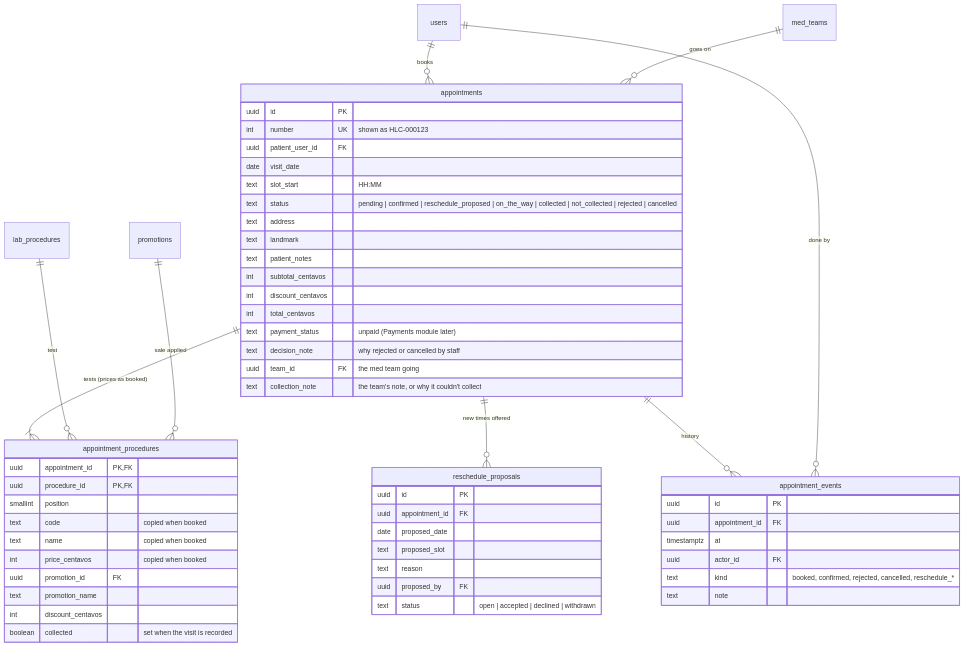
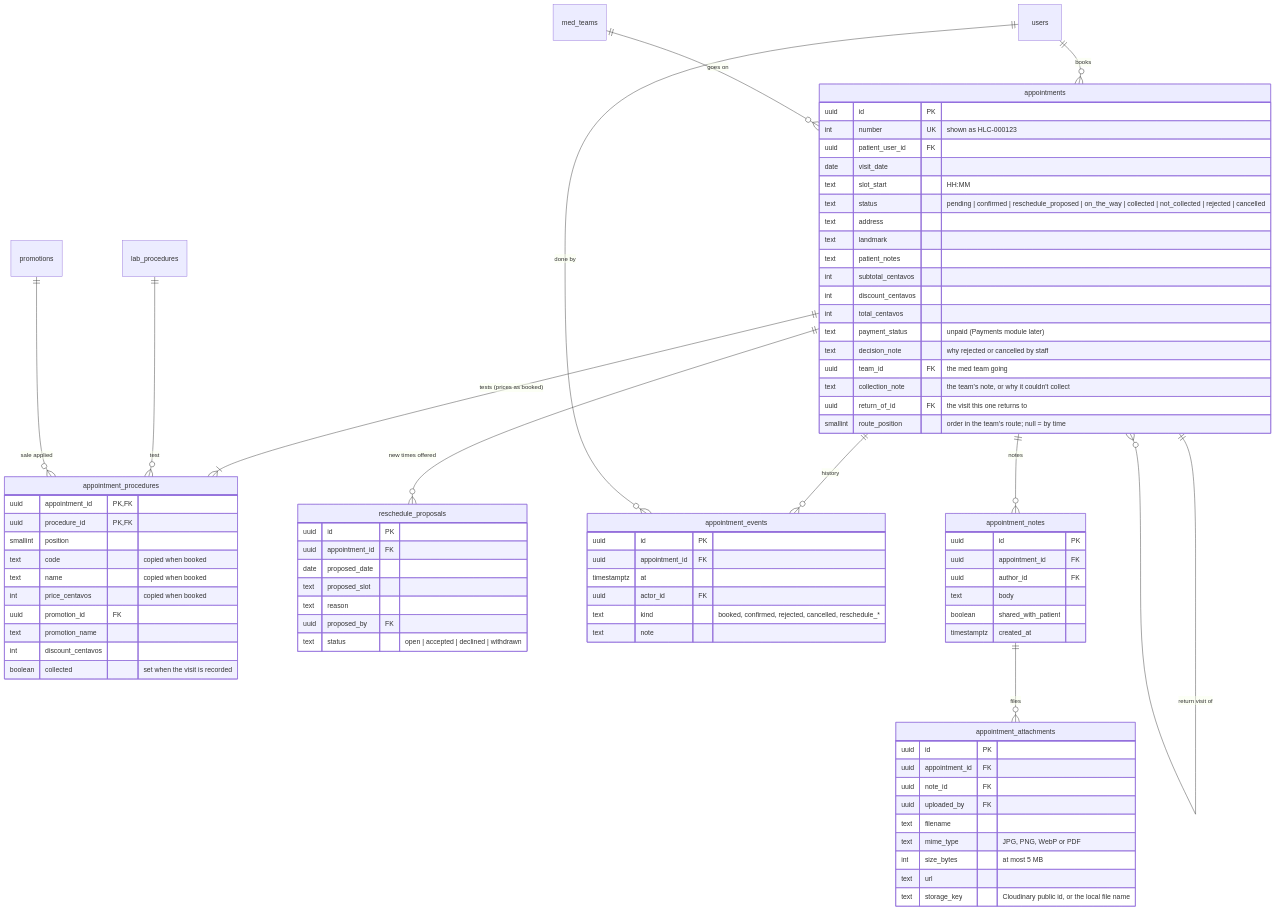
One commit to JM-GrizzlyBear/HomeLabConnect changed the diagram in docs/erd/appointments.md. Above: the diagram before and after it, drawn with Mermaid. The commit also changed other lines of this file and 3 other files, not shown here.

Commit message:
docs: document notes, return visits and daily routes

```diff
--- a/docs/erd/appointments.md
+++ b/docs/erd/appointments.md
@@ -12,6 +12,9 @@
     appointments ||--o{ appointment_events : "history"
     users ||--o{ appointment_events : "done by"
     med_teams ||--o{ appointments : "goes on"
+    appointments ||--o{ appointments : "return visit of"
+    appointments ||--o{ appointment_notes : "notes"
+    appointment_notes ||--o{ appointment_attachments : "files"
 
     appointments {
         uuid id PK
@@ -30,6 +33,27 @@
         text decision_note "why rejected or cancelled by staff"
         uuid team_id FK "the med team going"
         text collection_note "the team's note, or why it couldn't collect"
+        uuid return_of_id FK "the visit this one returns to"
+        smallint route_position "order in the team's route; null = by time"
+    }
+    appointment_notes {
+        uuid id PK
+        uuid appointment_id FK
+        uuid author_id FK
+        text body
+        boolean shared_with_patient
+        timestamptz created_at
+    }
+    appointment_attachments {
+        uuid id PK
+        uuid appointment_id FK
+        uuid note_id FK
+        uuid uploaded_by FK
+        text filename
+        text mime_type "JPG, PNG, WebP or PDF"
+        int size_bytes "at most 5 MB"
+        text url
+        text storage_key "Cloudinary public id, or the local file name"
     }
     appointment_procedures {
         uuid appointment_id PK, FK
```
